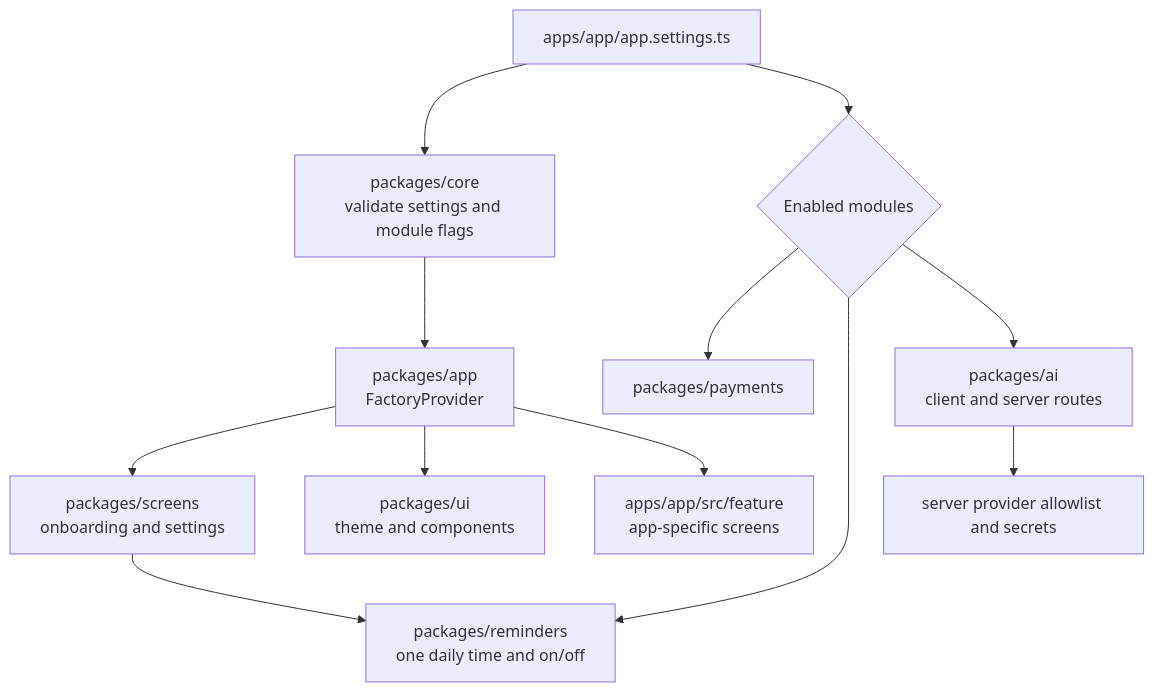
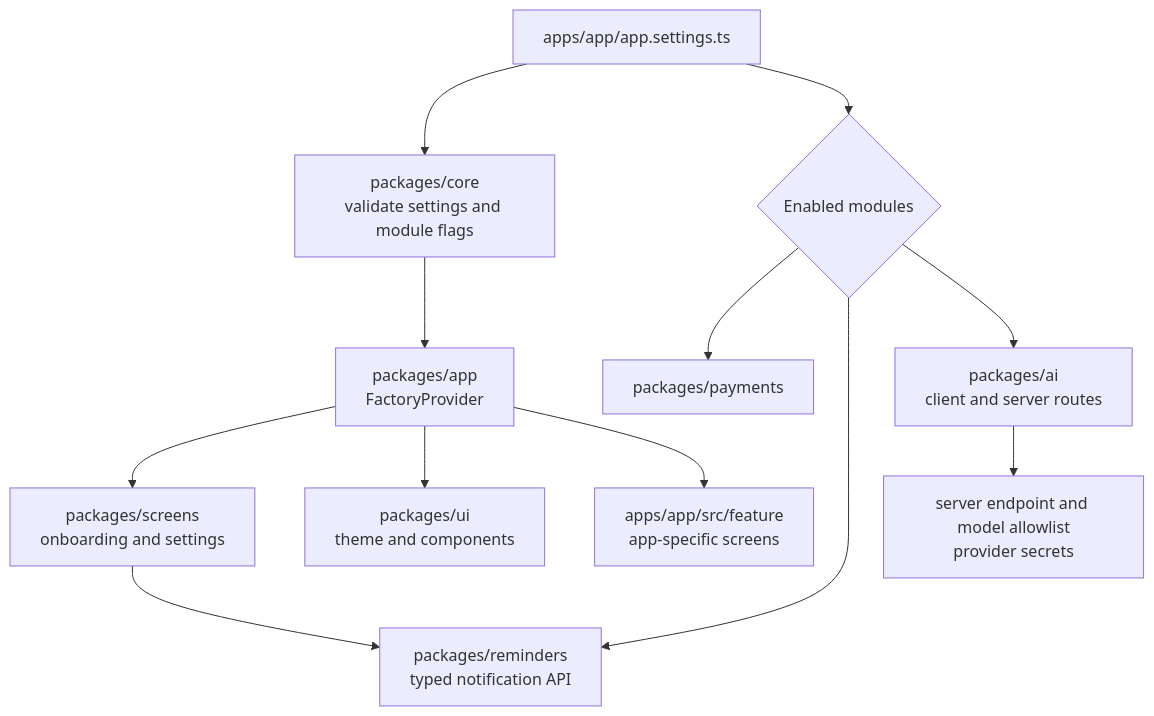
Before and after one commit to kimyag/rn-factory: the diagram in README.md, drawn with Mermaid. The commit also changed other lines of this file, not shown here.

Commit message:
docs: clarify reminder and AI architecture

````diff
--- a/README.md
+++ b/README.md
@@ -9,14 +9,14 @@
 ```mermaid
 flowchart TD
   Settings[apps/app/app.settings.ts] --> Core[packages/core<br/>validate settings and module flags]
   Core --> App[packages/app<br/>FactoryProvider]
   App --> Screens[packages/screens<br/>onboarding and settings]
   App --> UI[packages/ui<br/>theme and components]
   App --> Feature[apps/app/src/feature<br/>app-specific screens]
   Settings --> Modules{Enabled modules}
   Modules --> Payments[packages/payments]
-  Modules --> Reminders[packages/reminders<br/>one daily time and on/off]
+  Modules --> Reminders[packages/reminders<br/>typed notification API]
   Modules --> AI[packages/ai<br/>client and server routes]
-  AI --> Allowlist[server provider allowlist and secrets]
+  AI --> Allowlist[server endpoint and model allowlist<br/>provider secrets]
   Screens --> Reminders
 ```
````
